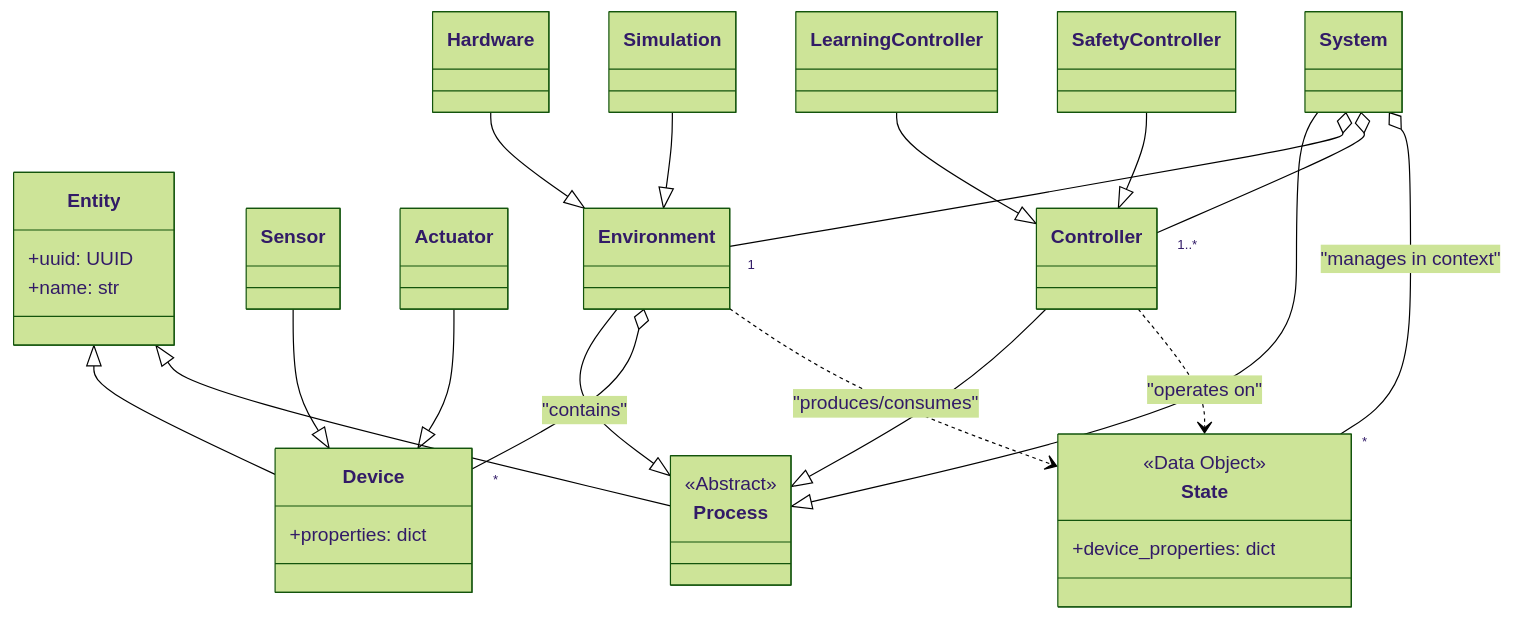
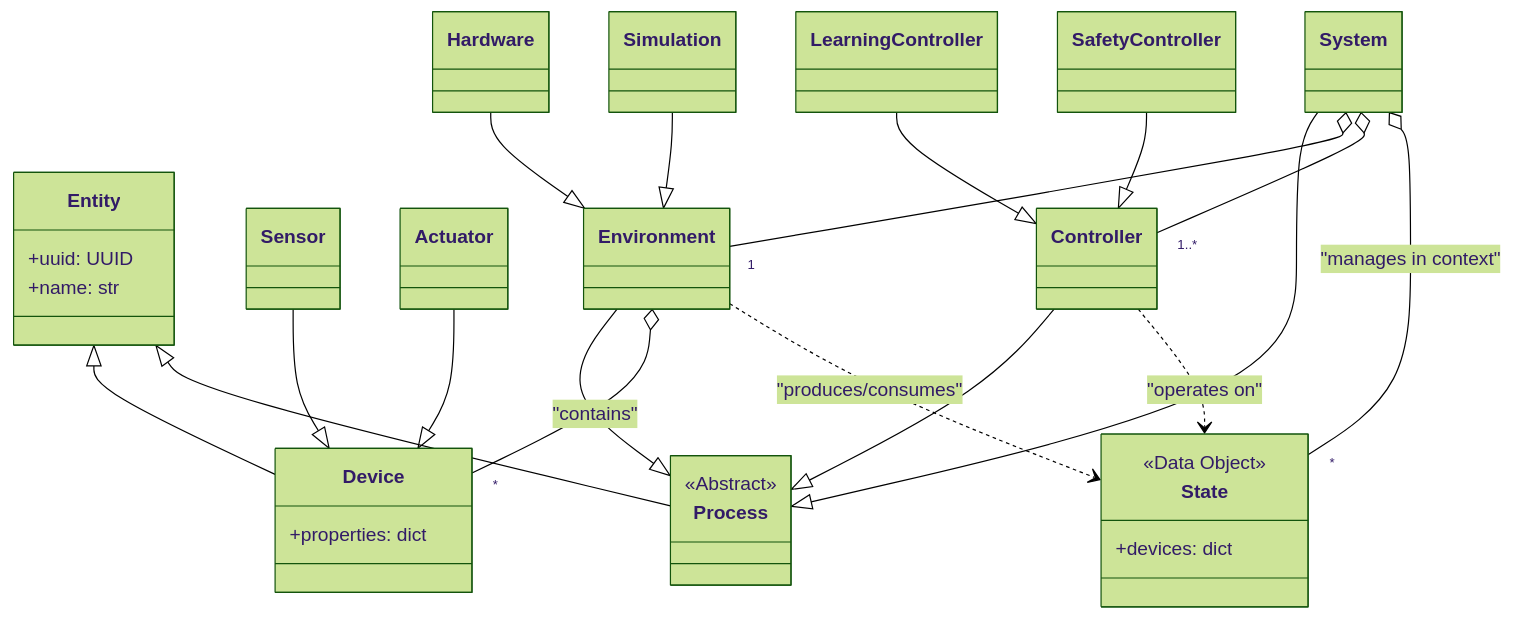
Before and after one commit to johnwbyrd/aifand: the second of 2 diagrams in doc/architecture.md, drawn with Mermaid (forest theme). The commit also changed other lines of this file and 3 other files, not shown here.

````diff
--- a/doc/architecture.md
+++ b/doc/architecture.md
@@ -89,45 +89,45 @@
 ```mermaid
 classDiagram
     class Entity {
         +uuid: UUID
         +name: str
     }
     class Device {
         +properties: dict
     }
     class Sensor
     class Actuator
     class State {
         <<Data Object>>
-        +device_properties: dict
+        +devices: dict
     }
     class Process {
         <<Abstract>>
     }
     class Controller
     class Environment
     class System
     class LearningController
     class SafetyController
     class Hardware
     class Simulation
 
     Entity <|-- Device
     Entity <|-- Process
     Sensor --|> Device
     Actuator --|> Device
     Controller --|> Process
     Environment --|> Process
     System --|> Process
     LearningController --|> Controller
     SafetyController --|> Controller
     Hardware --|> Environment
     Simulation --|> Environment
 
     System o-- "1" Environment
     System o-- "1..*" Controller
     System o-- "*" State : "manages in context"
     Environment o-- "*" Device : "contains"
     Controller ..> State : "operates on"
     Environment ..> State : "produces/consumes"
 ```
````
